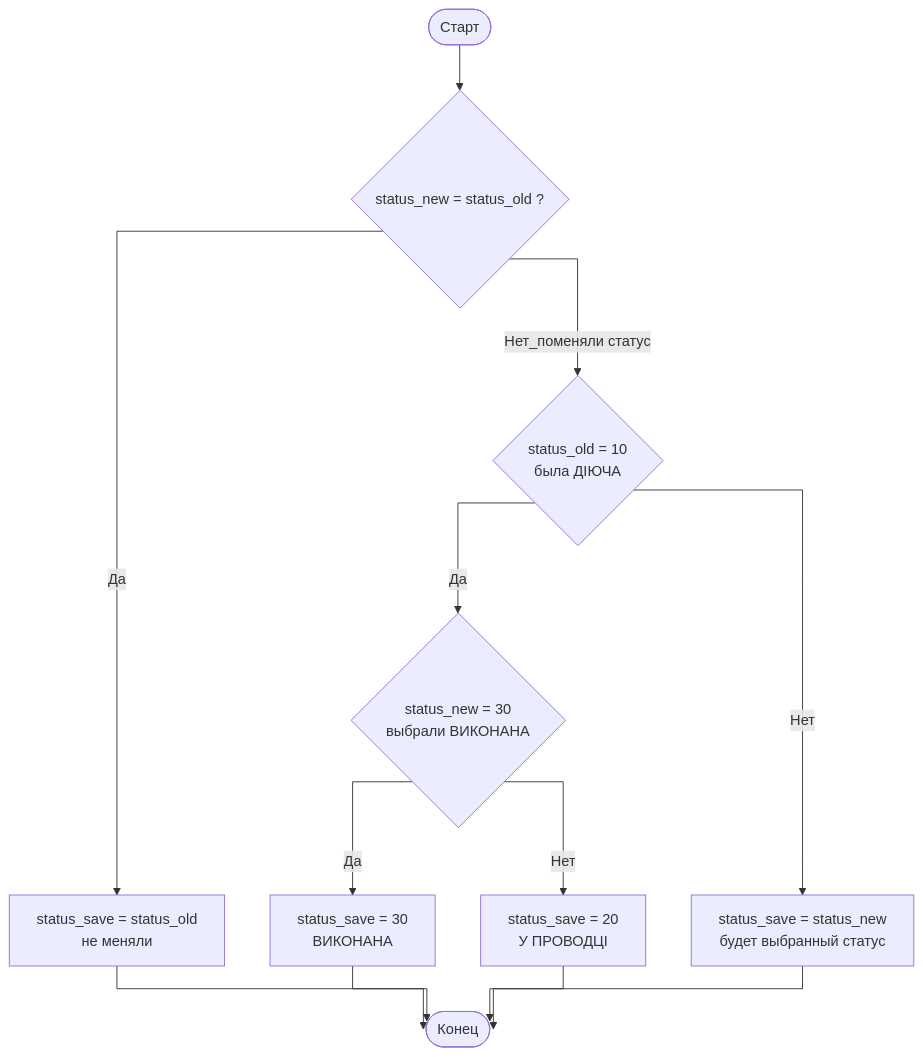
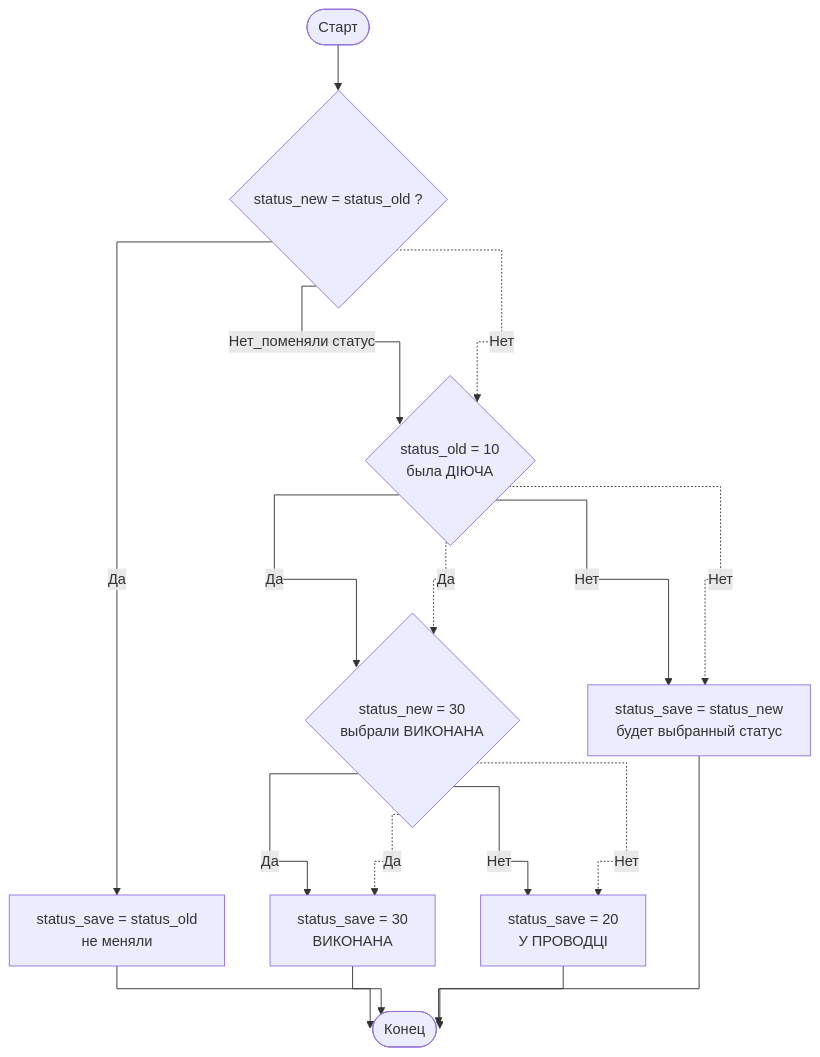
The diagram in docs/ilk_001_main.md (vvxsoni/Danube_help), drawn with Mermaid before and after one commit.

Commit message:
%% Чтобы стрелки выглядели как из углов ромба

````diff
--- a/docs/ilk_001_main.md
+++ b/docs/ilk_001_main.md
@@ -75,11 +75,17 @@
 ```mermaid 
 %%{init: {'flowchart': {'htmlLabels': true, 'curve': 'stepAfter'}}}%%
 flowchart TB
   A([Старт]) --> B{status_new = status_old ?}
   B -- Да --> C[status_save = status_old<br/>не меняли] --> Z([Конец])
   B -- Нет_поменяли статус --> D{status_old = 10<br/>была ДІЮЧА}
   D -- Да --> E{status_new = 30<br/>выбрали ВИКОНАНА}
   E -- Да --> F[status_save = 30<br/>ВИКОНАНА] --> Z
   E -- Нет --> G[status_save = 20<br/>У ПРОВОДЦІ] --> Z
   D -- Нет --> H[status_save = status_new<br/>будет выбранный статус] --> Z
+%% Чтобы стрелки выглядели как из углов ромба
+  B -.->|Нет| D
+  D -.->|Нет| H
+  D -.->|Да| E
+  E -.->|Нет| G
+  E -.->|Да| F
 ```
````
